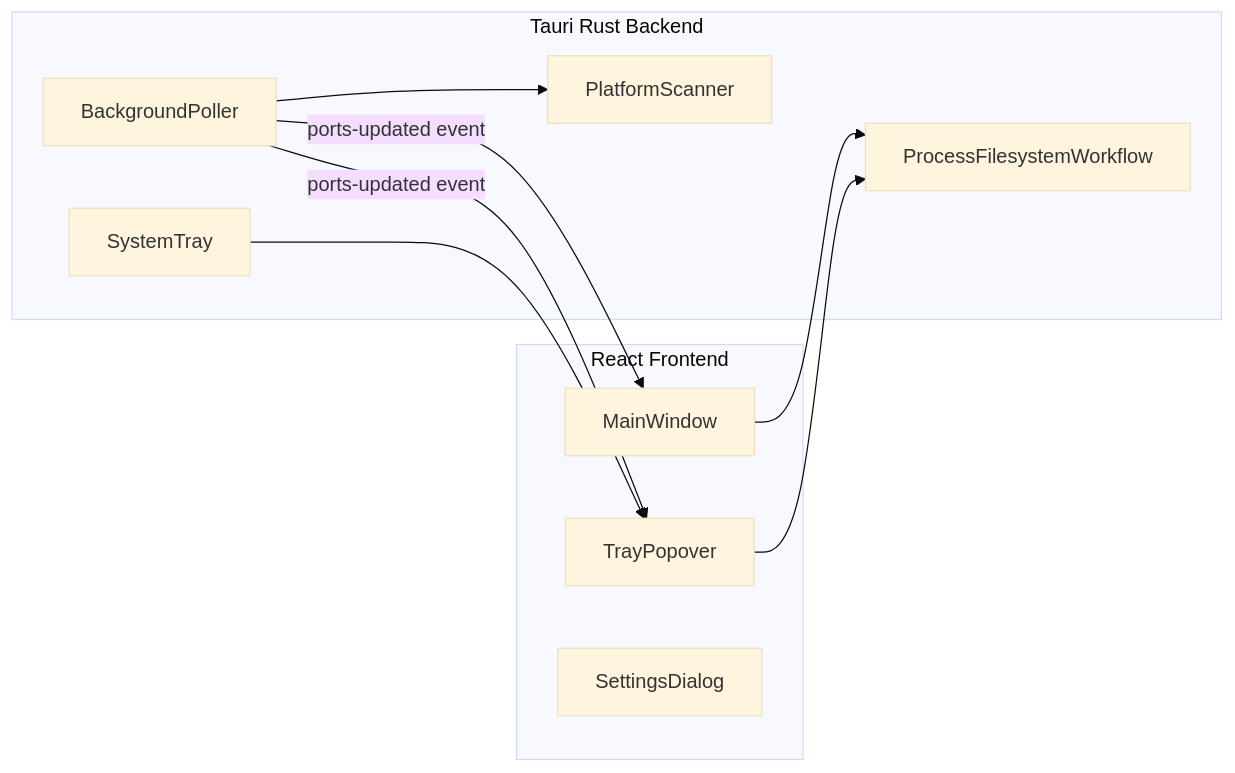
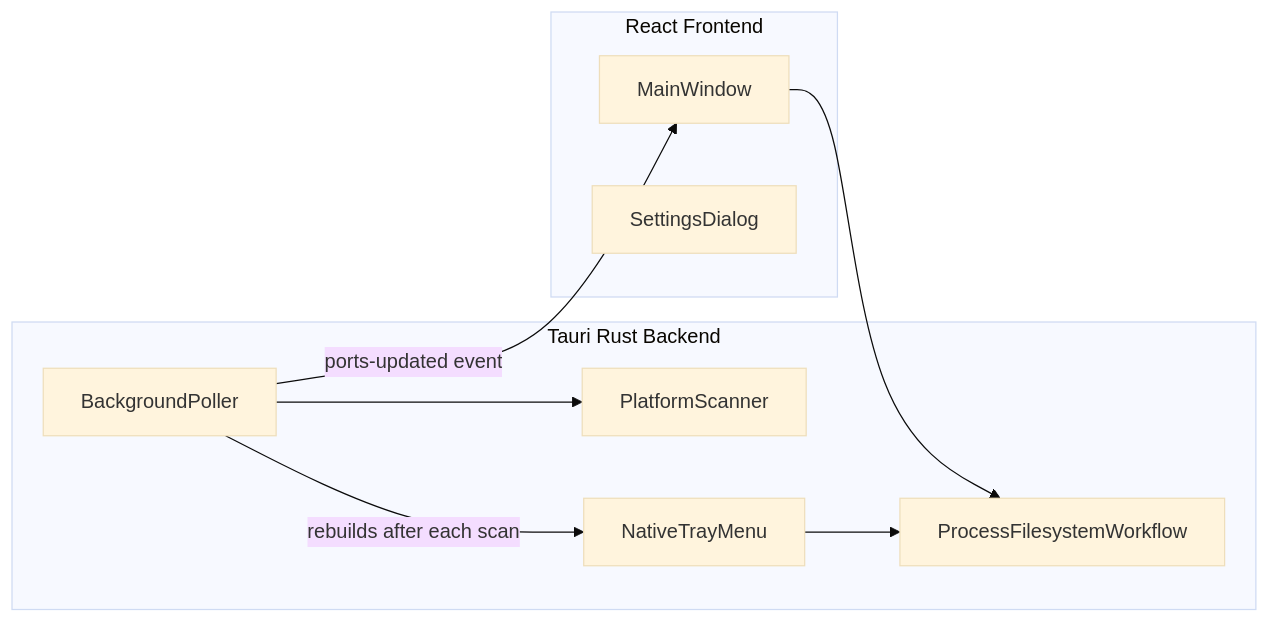
The diagram in README.md (SaiBarathR/port-watch), drawn with Mermaid (base theme) before and after one commit. The commit also changed other lines of this file and 19 other files, not shown here.

First line of the commit message:
chore: delete dead code and fix the README's stale tray popover docs (#14)

````diff
--- a/README.md
+++ b/README.md
@@ -143,20 +143,18 @@
 ```mermaid
 flowchart LR
   subgraph frontend [React Frontend]
     MainWindow[MainWindow]
-    Popover[TrayPopover]
     Settings[SettingsDialog]
   end
   subgraph backend [Tauri Rust Backend]
     Poller[BackgroundPoller]
     Scanner[PlatformScanner]
-    Tray[SystemTray]
+    Tray[NativeTrayMenu]
     Commands[ProcessFilesystemWorkflow]
   end
   Poller --> Scanner
   Poller -->|ports-updated event| MainWindow
-  Poller -->|ports-updated event| Popover
-  Tray --> Popover
+  Poller -->|rebuilds after each scan| Tray
   MainWindow --> Commands
-  Popover --> Commands
+  Tray --> Commands
 ```
````
